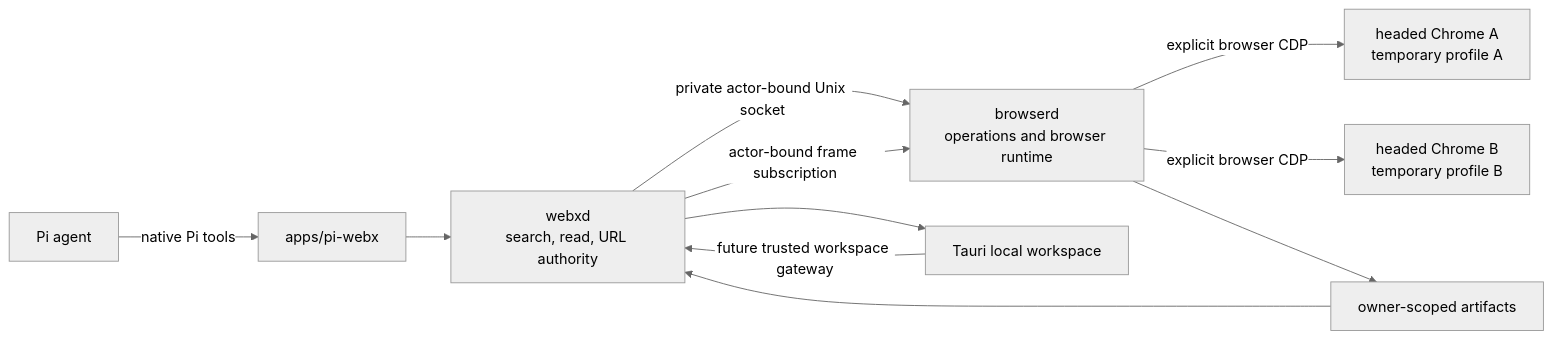
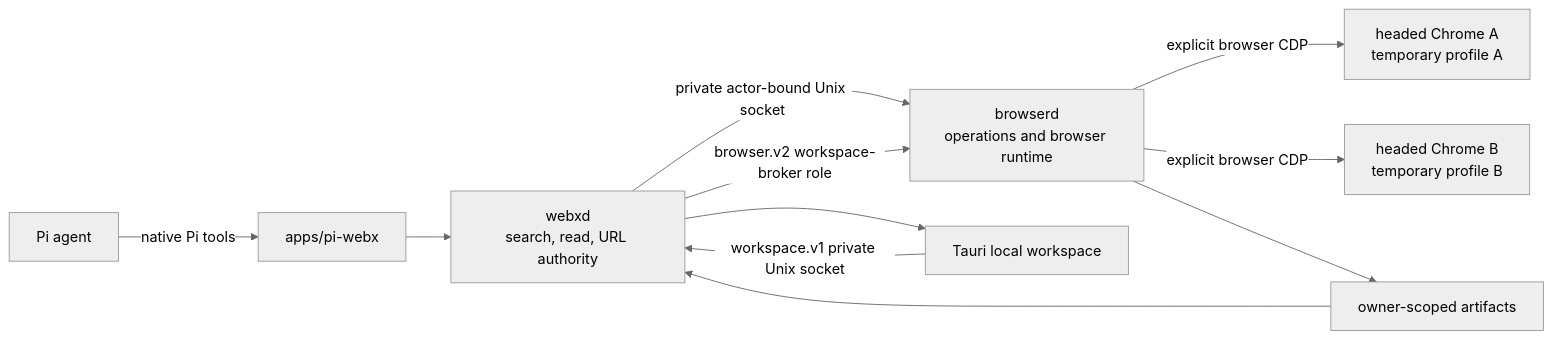
Before and after one commit to JCFrags/my-shtty-pi-web: the diagram in docs/browser-rebuild/ARCHITECTURE.md, drawn with Mermaid (neutral theme). The commit also changed other lines of this file and 17 other files, not shown here.

````diff
--- a/docs/browser-rebuild/ARCHITECTURE.md
+++ b/docs/browser-rebuild/ARCHITECTURE.md
@@ -9,13 +9,13 @@
 ```mermaid
 flowchart LR
   Agent[Pi agent] -->|native Pi tools| Ext[apps/pi-webx]
   Ext --> Webxd[webxd\nsearch, read, URL authority]
   Webxd -->|private actor-bound Unix socket| Browserd[browserd\noperations and browser runtime]
   Browserd -->|explicit browser CDP| ChromeA[headed Chrome A\ntemporary profile A]
   Browserd -->|explicit browser CDP| ChromeB[headed Chrome B\ntemporary profile B]
   Browserd --> Artifacts[owner-scoped artifacts]
-  Workspace[Tauri local workspace] -->|future trusted workspace gateway| Webxd
-  Webxd -->|actor-bound frame subscription| Browserd
+  Workspace[Tauri local workspace] -->|workspace.v1 private Unix socket| Webxd
+  Webxd -->|browser.v2 workspace-broker role| Browserd
   Artifacts --> Webxd
   Webxd --> Workspace
 ```
````
